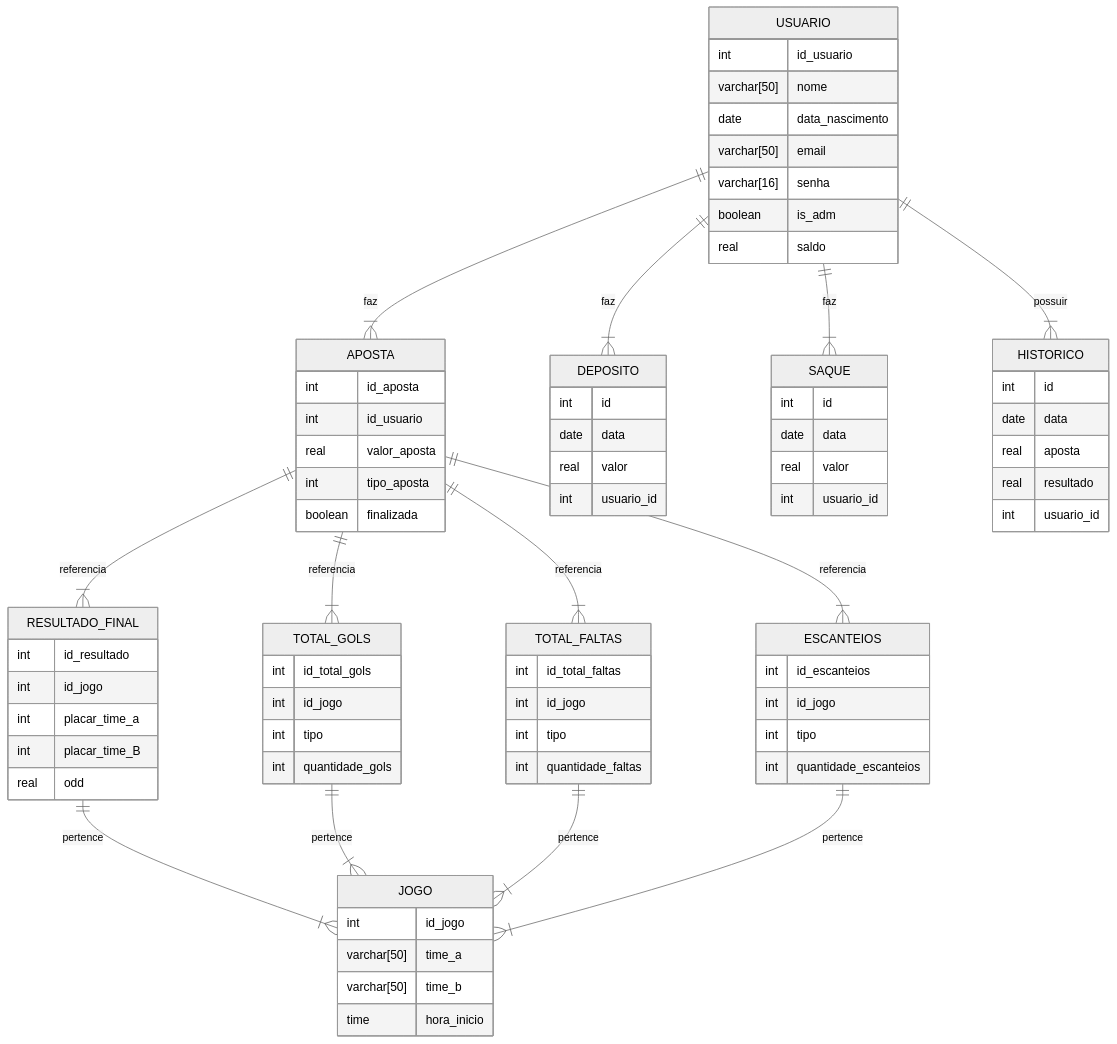
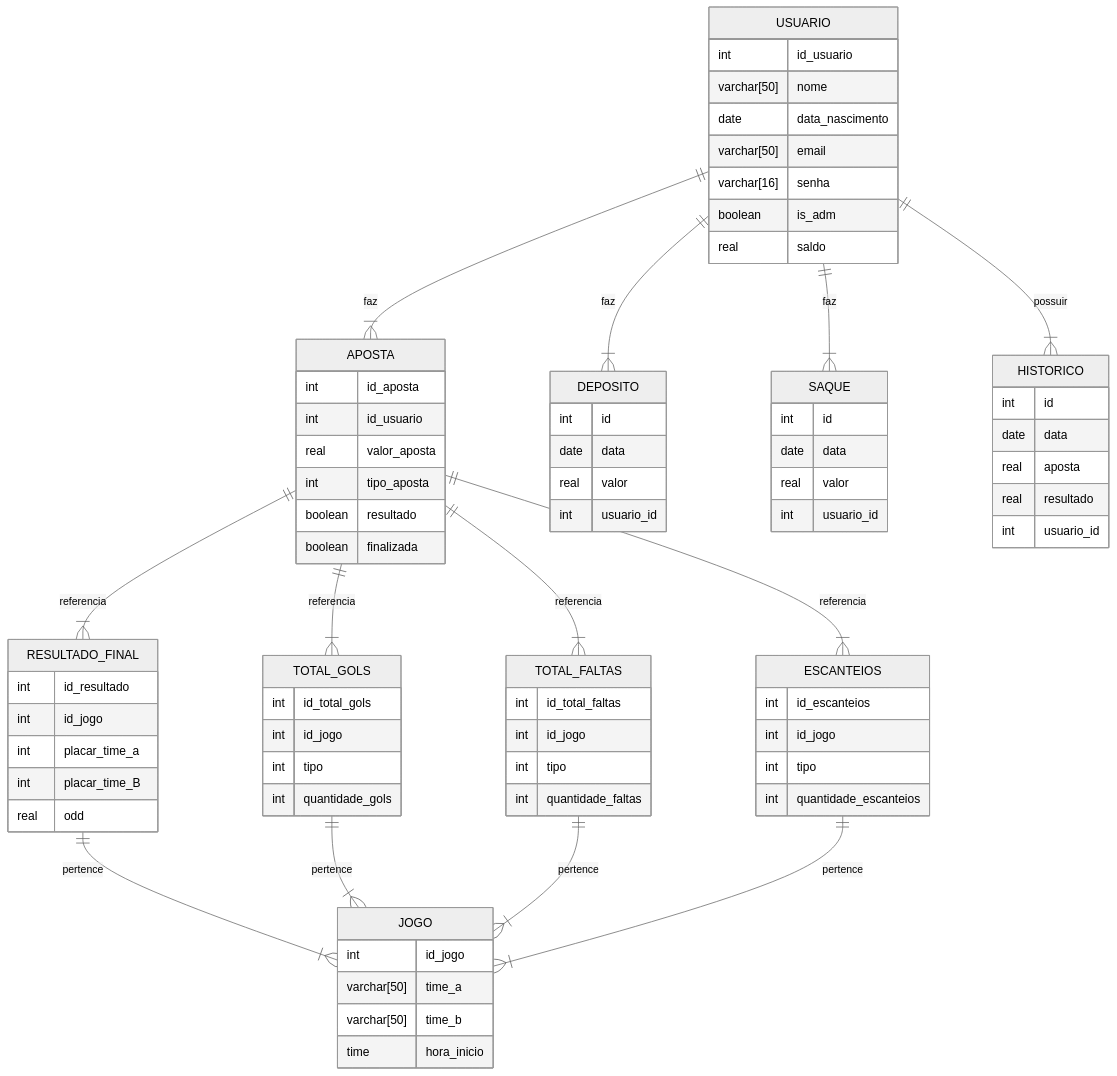
Before and after one commit to desenvolvimento-web-unifil/02-documentacao-nbg: the diagram in docs/der/readmeDER.md, drawn with Mermaid (neutral theme).

Commit message:
Ajuste no DER

```diff
--- a/docs/der/readmeDER.md
+++ b/docs/der/readmeDER.md
@@ -28,6 +28,7 @@
     int id_usuario
     real valor_aposta
     int tipo_aposta
+    boolean resultado
     boolean finalizada
 }
 
```
